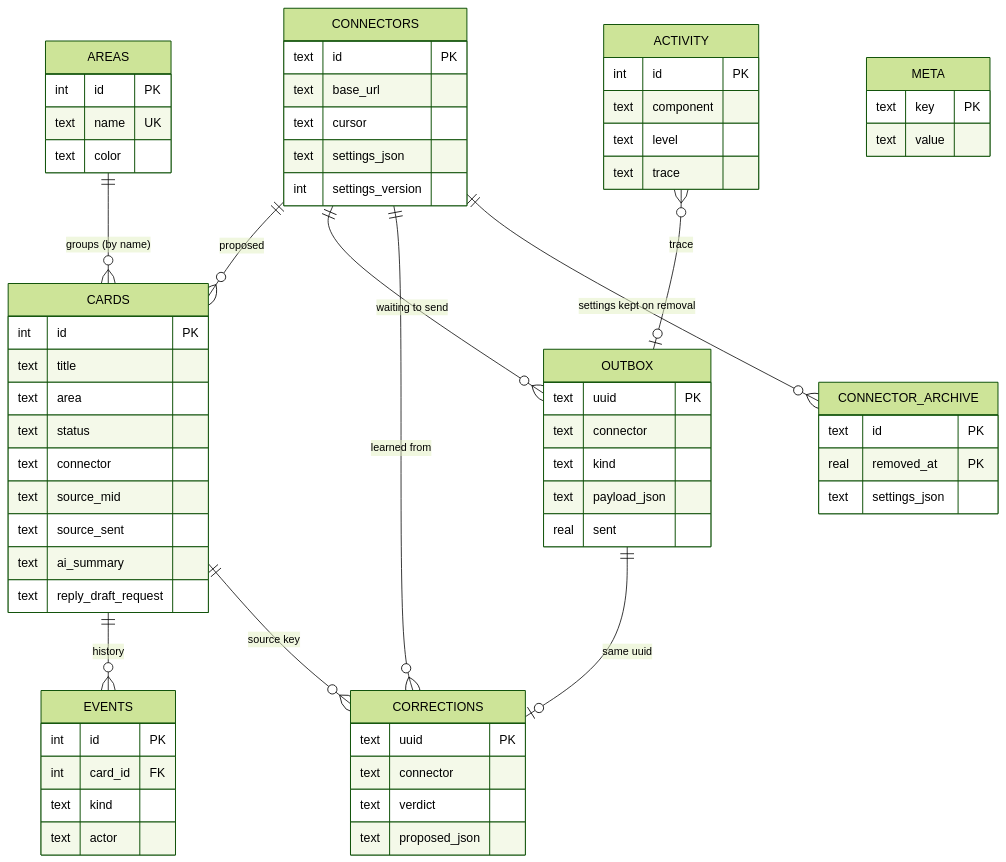
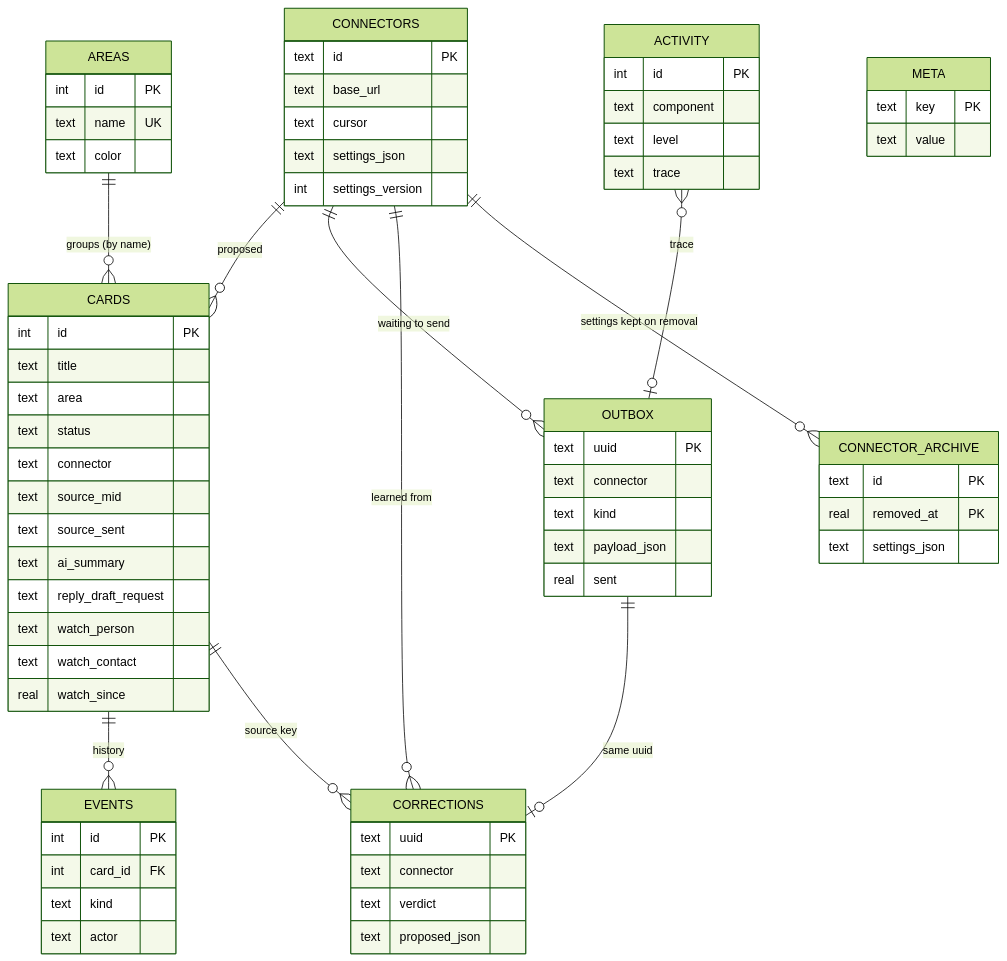
Before and after one commit to XijunZ/floatboard: the second of 4 diagrams in docs/data-model.md, drawn with Mermaid (forest theme). The commit also changed other lines of this file and 30 other files, not shown here.

First line of the commit message:
Watch: whom a task waits on and since when (timer on the card and phone), back to To do with a note when they reply (email found by the engine every 15 min, WhatsApp on the Mac), chase reminder every 3 days

````diff
--- a/docs/data-model.md
+++ b/docs/data-model.md
@@ -133,69 +133,72 @@
 ```mermaid
 erDiagram
   AREAS ||--o{ CARDS : "groups (by name)"
   CARDS ||--o{ EVENTS : "history"
   CONNECTORS ||--o{ CARDS : "proposed"
   CONNECTORS ||--o{ OUTBOX : "waiting to send"
   CONNECTORS ||--o{ CORRECTIONS : "learned from"
   OUTBOX ||--o| CORRECTIONS : "same uuid"
   CARDS ||--o{ CORRECTIONS : "source key"
   CONNECTORS ||--o{ CONNECTOR_ARCHIVE : "settings kept on removal"
   ACTIVITY }o--o| OUTBOX : "trace"
   CARDS {
     int id PK
     text title
     text area
     text status
     text connector
     text source_mid
     text source_sent
     text ai_summary
     text reply_draft_request
+    text watch_person
+    text watch_contact
+    real watch_since
   }
   EVENTS {
     int id PK
     int card_id FK
     text kind
     text actor
   }
   AREAS {
     int id PK
     text name UK
     text color
   }
   CONNECTORS {
     text id PK
     text base_url
     text cursor
     text settings_json
     int settings_version
   }
   OUTBOX {
     text uuid PK
     text connector
     text kind
     text payload_json
     real sent
   }
   CORRECTIONS {
     text uuid PK
     text connector
     text verdict
     text proposed_json
   }
   CONNECTOR_ARCHIVE {
     text id PK
     real removed_at PK
     text settings_json
   }
   ACTIVITY {
     int id PK
     text component
     text level
     text trace
   }
   META {
     text key PK
     text value
   }
 ```
````
